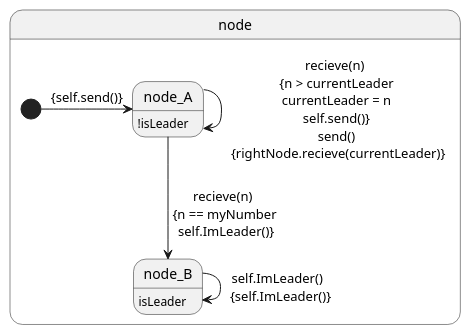
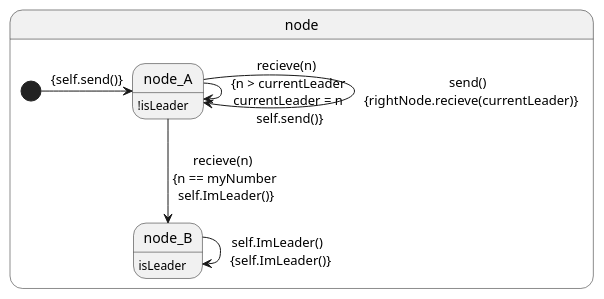
Before and after one commit to gnowin/UML-To-Rebecca-Dataset: the diagram in ModelTranslations/LCRLeader/LCRLeader.plantuml, drawn with PlantUML. The commit also changed 2 other files, not shown here.

Commit message:
changed self loops this way message servers have their own loop.

```diff
--- a/ModelTranslations/LCRLeader/LCRLeader.plantuml
+++ b/ModelTranslations/LCRLeader/LCRLeader.plantuml
@@ -1,17 +1,18 @@
 @startuml
 
 hide empty description
 
 state node{
     state node_A : !isLeader
 
     state node_B : isLeader
 
     [*] -> node_A : {self.send()}
-    node_A -> node_A : recieve(n) \n {n > currentLeader \n currentLeader = n \n self.send()} \n send() \n {rightNode.recieve(currentLeader)}
+    node_A -> node_A : recieve(n) \n {n > currentLeader \n currentLeader = n \n self.send()}
+    node_A -> node_A : send() \n {rightNode.recieve(currentLeader)}
     node_A --> node_B : recieve(n) \n {n == myNumber \n self.ImLeader()}
     node_B -> node_B : self.ImLeader() \n {self.ImLeader()}
 
 }
 
 @enduml
```
